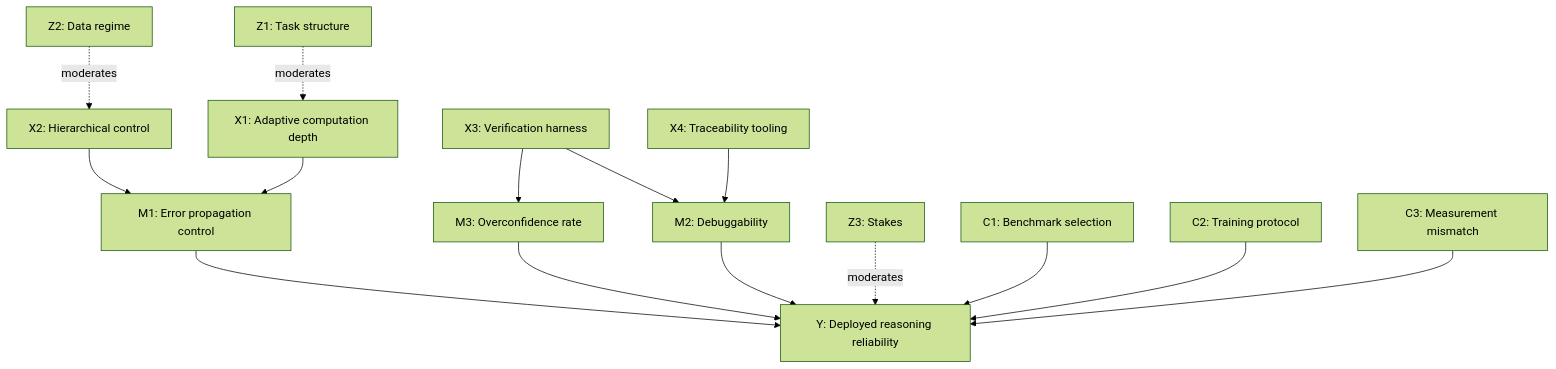
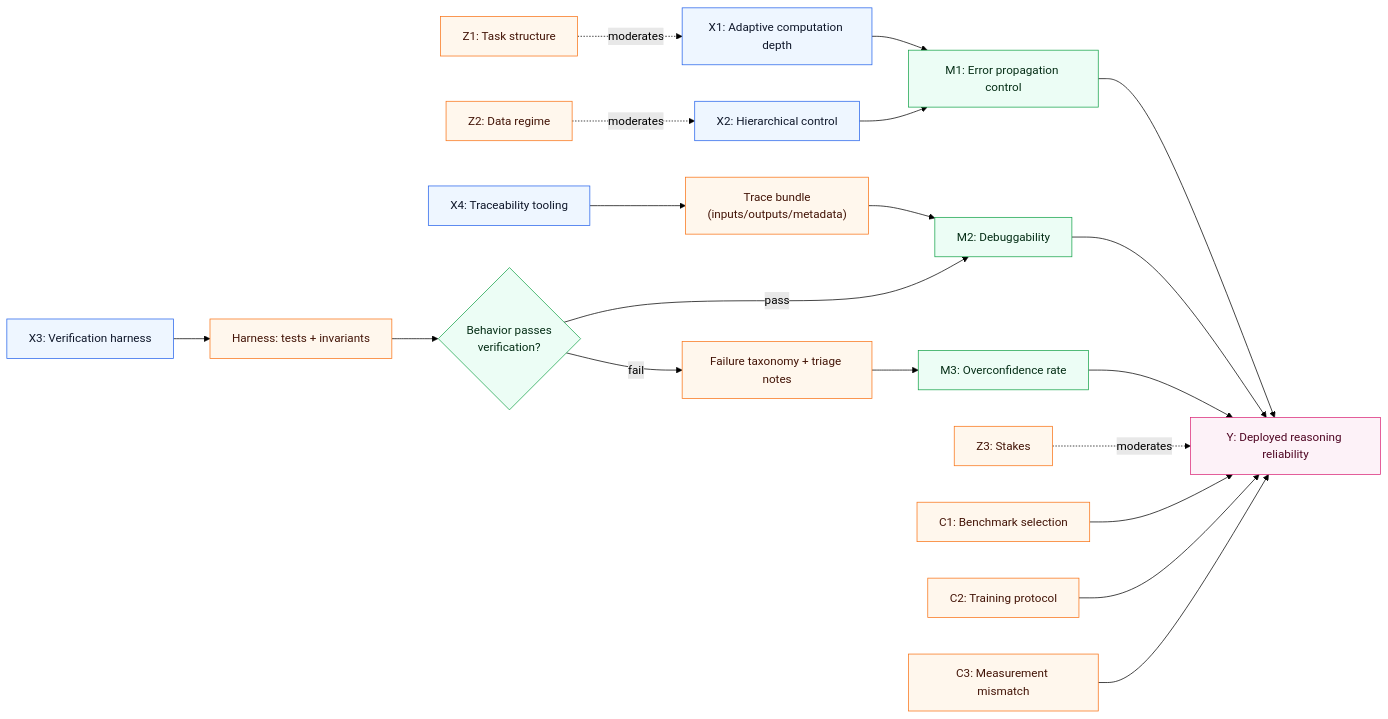
The first of 3 diagrams in docs/blog/posts/hrm-latent-reasoning-needs-verification.md (5Reasons/5reasons.github.io), drawn with Mermaid (forest theme) before and after one commit. The commit also changed other lines of this file and 14 other files, not shown here.

First line of the commit message:
Refactor diagrams and improve clarity in blog posts and case studies

````diff
--- a/docs/blog/posts/hrm-latent-reasoning-needs-verification.md
+++ b/docs/blog/posts/hrm-latent-reasoning-needs-verification.md
@@ -70,22 +70,57 @@
 ```mermaid
-graph TD;
-  Y["Y: Deployed reasoning reliability"];
+flowchart LR
+  %% Inputs
+  X1["X1: Adaptive computation depth"]:::i
+  X2["X2: Hierarchical control"]:::i
+  X3["X3: Verification harness"]:::i
+  X4["X4: Traceability tooling"]:::i
 
-  X1["X1: Adaptive computation depth"] --> M1["M1: Error propagation control"];
-  X2["X2: Hierarchical control"] --> M1;
-  X3["X3: Verification harness"] --> M2["M2: Debuggability"];
-  X3 --> M3["M3: Overconfidence rate"];
-  X4["X4: Traceability tooling"] --> M2;
+  %% Moderators / confounders
+  Z1["Z1: Task structure"]:::r
+  Z2["Z2: Data regime"]:::r
+  Z3["Z3: Stakes"]:::r
+  C1["C1: Benchmark selection"]:::r
+  C2["C2: Training protocol"]:::r
+  C3["C3: Measurement mismatch"]:::r
 
-  M1 --> Y;
-  M2 --> Y;
-  M3 --> Y;
+  %% Mediators
+  M1["M1: Error propagation control"]:::p
+  M2["M2: Debuggability"]:::p
+  M3["M3: Overconfidence rate"]:::p
 
-  Z1["Z1: Task structure"] -. moderates .-> X1;
-  Z2["Z2: Data regime"] -. moderates .-> X2;
-  Z3["Z3: Stakes"] -. moderates .-> Y;
+  %% Records / artifacts
+  R1["Harness: tests + invariants"]:::r
+  R2["Trace bundle<br>(inputs/outputs/metadata)"]:::r
+  R3["Failure taxonomy + triage notes"]:::r
 
-  C1["C1: Benchmark selection"] --> Y;
-  C2["C2: Training protocol"] --> Y;
-  C3["C3: Measurement mismatch"] --> Y;
+  %% Gate
+  G1{"Behavior passes<br>verification?"}:::p
+
+  %% Outcome
+  Y["Y: Deployed reasoning reliability"]:::o
+
+  %% Links
+  X1 --> M1
+  X2 --> M1
+  X3 --> R1 --> G1
+  X4 --> R2 --> M2
+  G1 -- pass --> M2
+  G1 -- fail --> R3 --> M3
+
+  M1 --> Y
+  M2 --> Y
+  M3 --> Y
+
+  Z1 -. moderates .-> X1
+  Z2 -. moderates .-> X2
+  Z3 -. moderates .-> Y
+  C1 --> Y
+  C2 --> Y
+  C3 --> Y
+
+  %% brModel styles
+  classDef i fill:#eef6ff,stroke:#2563eb,stroke-width:1px,color:#0f172a;
+  classDef p fill:#ecfdf5,stroke:#16a34a,stroke-width:1px,color:#052e16;
+  classDef r fill:#fff7ed,stroke:#f97316,stroke-width:1px,color:#431407;
+  classDef o fill:#fdf2f8,stroke:#db2777,stroke-width:1px,color:#500724;
 ```
````
